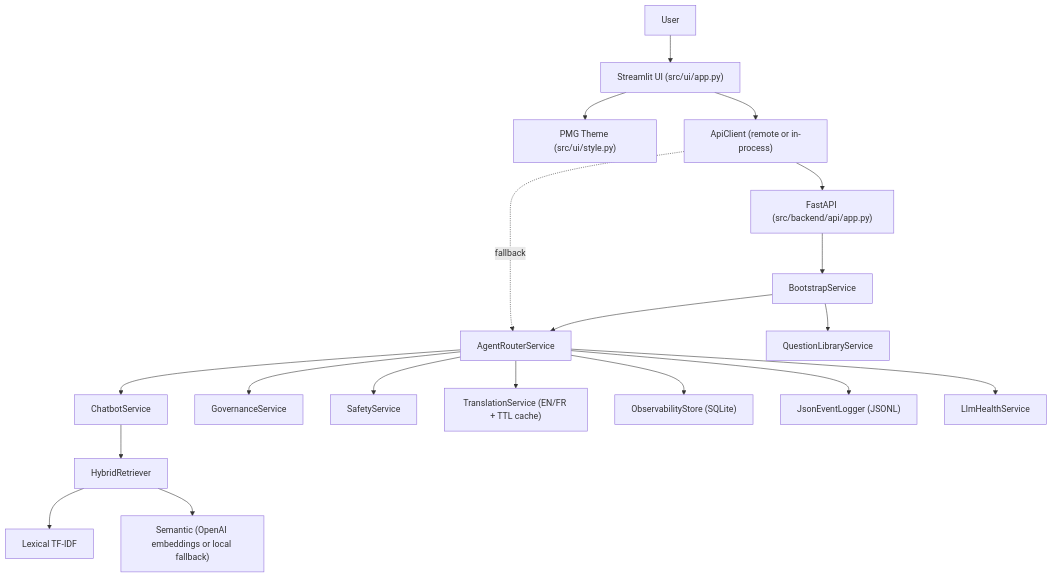
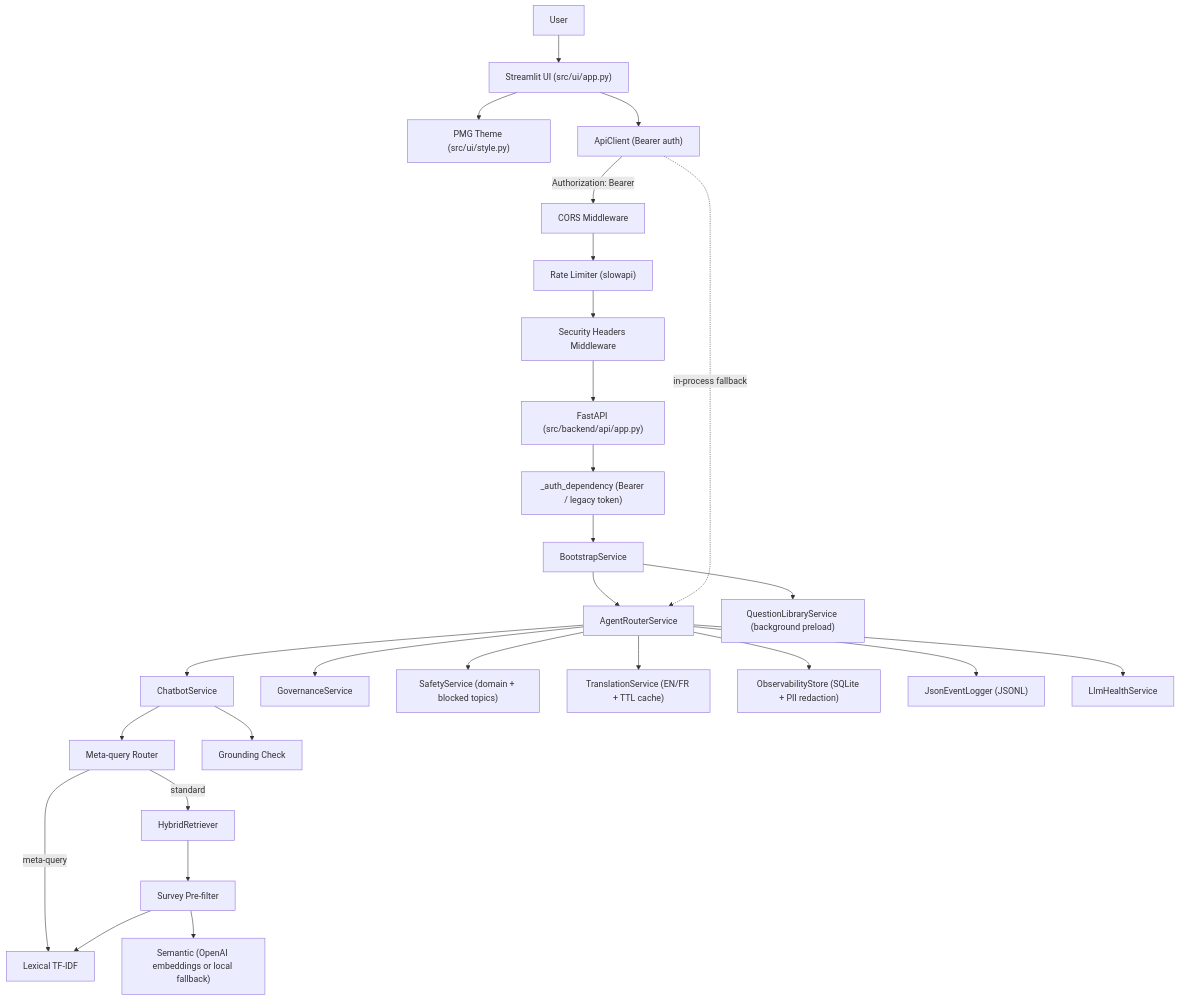
The first of 2 diagrams in README.md (AKHydros/Capstone-Project), drawn with Mermaid before and after one commit. The commit also changed other lines of this file, not shown here.

````diff
--- a/README.md
+++ b/README.md
@@ -118,40 +182,55 @@
 ```mermaid
 graph TD
     USER["User"]
     UI["Streamlit UI (src/ui/app.py)"]
     STYLE["PMG Theme (src/ui/style.py)"]
-    CLIENT["ApiClient (remote or in-process)"]
+    CLIENT["ApiClient (Bearer auth)"]
+    CORS["CORS Middleware"]
+    RATELIM["Rate Limiter (slowapi)"]
+    SECHDRS["Security Headers Middleware"]
     API["FastAPI (src/backend/api/app.py)"]
+    AUTH["_auth_dependency (Bearer / legacy token)"]
     BOOT["BootstrapService"]
     ROUTER["AgentRouterService"]
     CHAT["ChatbotService"]
+    META["Meta-query Router"]
+    GROUND["Grounding Check"]
     RET["HybridRetriever"]
+    PREFILT["Survey Pre-filter"]
     LEX["Lexical TF-IDF"]
     SEM["Semantic (OpenAI embeddings or local fallback)"]
     GOV["GovernanceService"]
-    SAFE["SafetyService"]
+    SAFE["SafetyService (domain + blocked topics)"]
     TRANS["TranslationService (EN/FR + TTL cache)"]
-    OBS["ObservabilityStore (SQLite)"]
+    OBS["ObservabilityStore (SQLite + PII redaction)"]
     LOG["JsonEventLogger (JSONL)"]
-    LIB["QuestionLibraryService"]
+    LIB["QuestionLibraryService (background preload)"]
     LLMH["LlmHealthService"]
 
     USER --> UI
     UI --> STYLE
     UI --> CLIENT
-    CLIENT --> API
-    CLIENT -. fallback .-> ROUTER
-    API --> BOOT
+    CLIENT -->|"Authorization: Bearer"| CORS
+    CORS --> RATELIM
+    RATELIM --> SECHDRS
+    SECHDRS --> API
+    API --> AUTH
+    AUTH --> BOOT
     BOOT --> ROUTER
     BOOT --> LIB
     ROUTER --> TRANS
     ROUTER --> SAFE
     ROUTER --> LLMH
     ROUTER --> CHAT
-    CHAT --> RET
-    RET --> LEX
-    RET --> SEM
+    CHAT --> META
+    META -->|meta-query| LEX
+    META -->|standard| RET
+    CHAT --> GROUND
+    RET --> PREFILT
+    PREFILT --> LEX
+    PREFILT --> SEM
     ROUTER --> GOV
     ROUTER --> OBS
     ROUTER --> LOG
+    CLIENT -. in-process fallback .-> ROUTER
 ```
````
